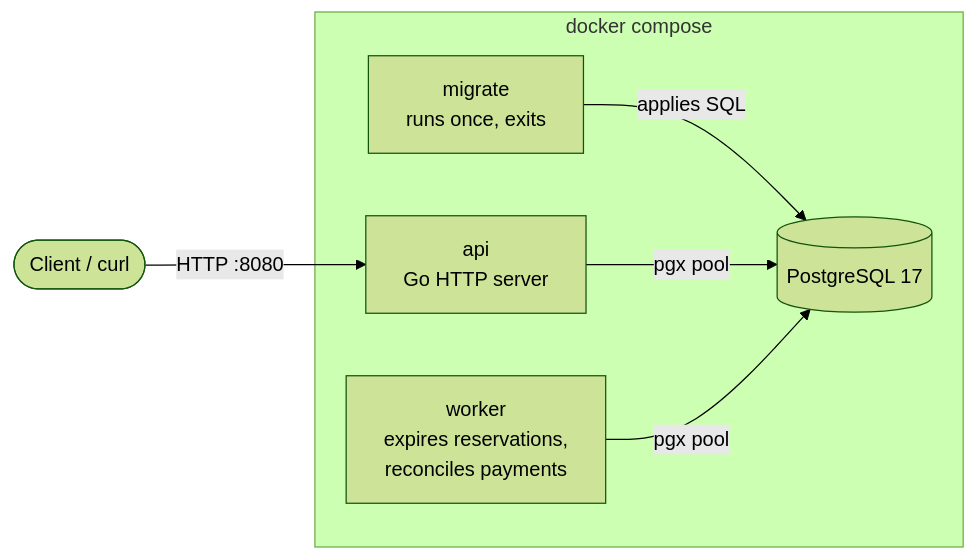
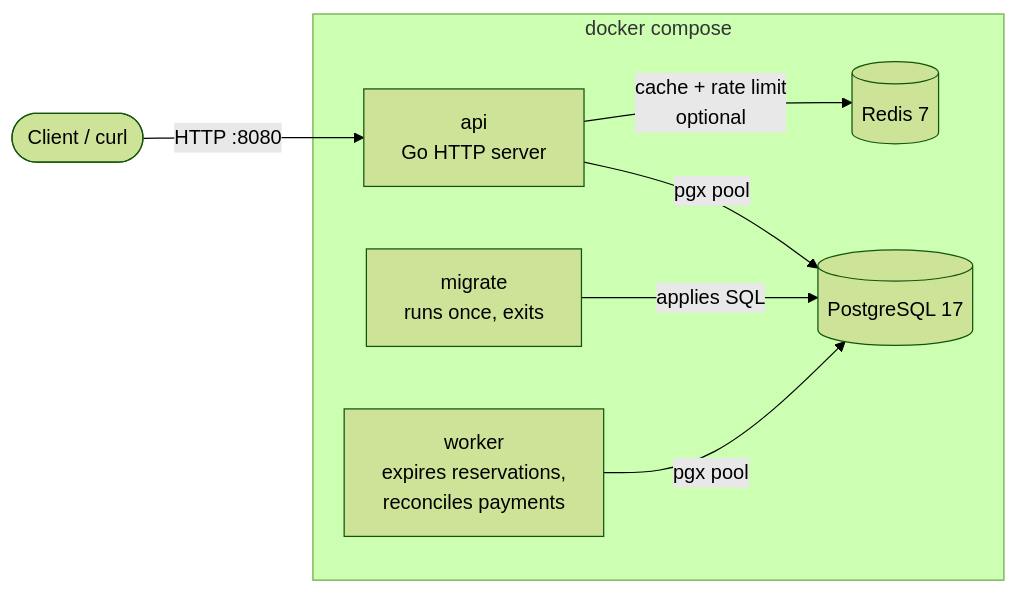
Before and after one commit to BasavarajBankolli/inventory-order-engine: the first of 4 diagrams in README.md, drawn with Mermaid (forest theme). The commit also changed other lines of this file and 27 other files, not shown here.

First line of the commit message:
feat: add Redis caching and rate limiting

````diff
--- a/README.md
+++ b/README.md
@@ -16,9 +16,10 @@
 ```mermaid
 flowchart LR
     client([Client / curl]) -->|HTTP :8080| api
     subgraph docker compose
         migrate[migrate<br/>runs once, exits] -->|applies SQL| pg[(PostgreSQL 17)]
         api[api<br/>Go HTTP server] -->|pgx pool| pg
         worker[worker<br/>expires reservations,<br/>reconciles payments] -->|pgx pool| pg
+        api -->|cache + rate limit<br/>optional| redis[(Redis 7)]
     end
 ```
````
